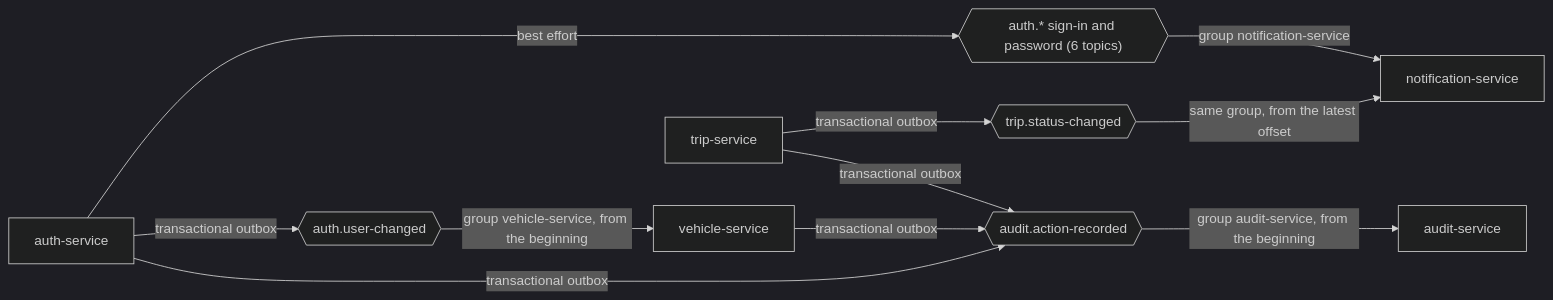
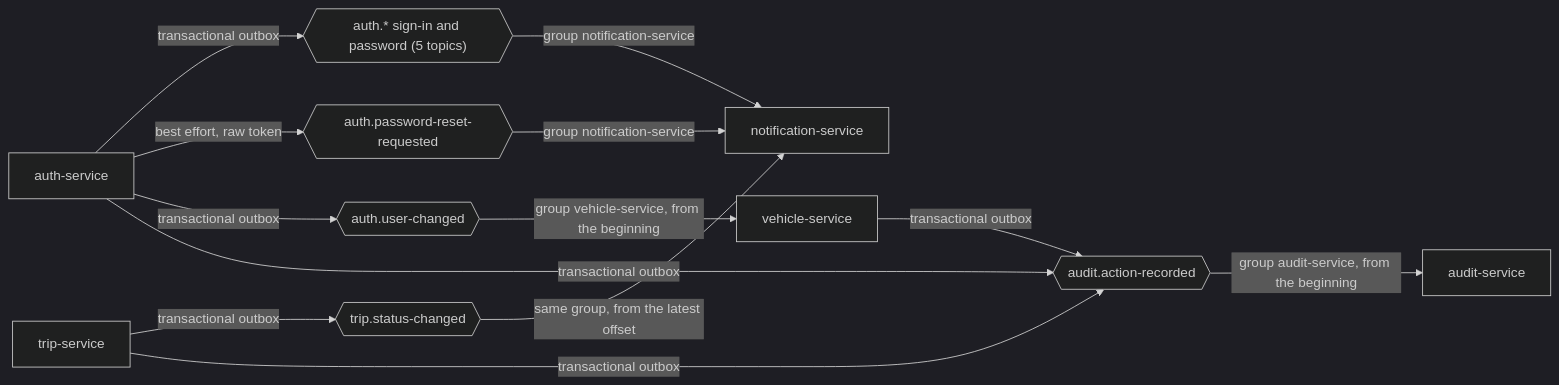
One commit to Mohammed-Taysser/masr3 changed the third of 3 diagrams in docs/infrastructure.md. Above: the diagram before and after it, drawn with Mermaid (dark theme). The commit also changed other lines of this file and 66 other files, not shown here.

Commit message:
refactor: share Kafka producer and consumer from libs, and send auth events through the outbox

````diff
--- a/docs/infrastructure.md
+++ b/docs/infrastructure.md
@@ -120,13 +120,15 @@
 ```mermaid
 flowchart LR
-  auth[auth-service] -->|best effort| at{{"auth.* sign-in and password (6 topics)"}}
+  auth[auth-service] -->|transactional outbox| at{{"auth.* sign-in and password (5 topics)"}}
   at -->|group notification-service| ns[notification-service]
+  auth -->|best effort, raw token| rr{{auth.password-reset-requested}}
+  rr -->|group notification-service| ns
   auth -->|transactional outbox| uc{{auth.user-changed}}
   uc -->|group vehicle-service, from the beginning| vs[vehicle-service]
   trip[trip-service] -->|transactional outbox| tt{{trip.status-changed}}
   tt -->|same group, from the latest offset| ns
   auth -->|transactional outbox| aa{{audit.action-recorded}}
   trip -->|transactional outbox| aa
   vs -->|transactional outbox| aa
   aa -->|group audit-service, from the beginning| as[audit-service]
 ```
````
